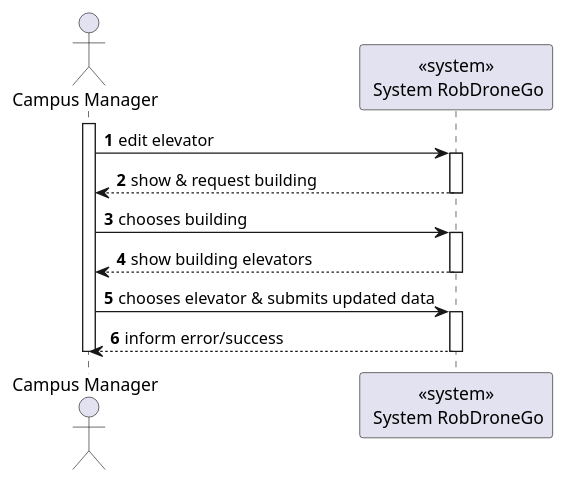
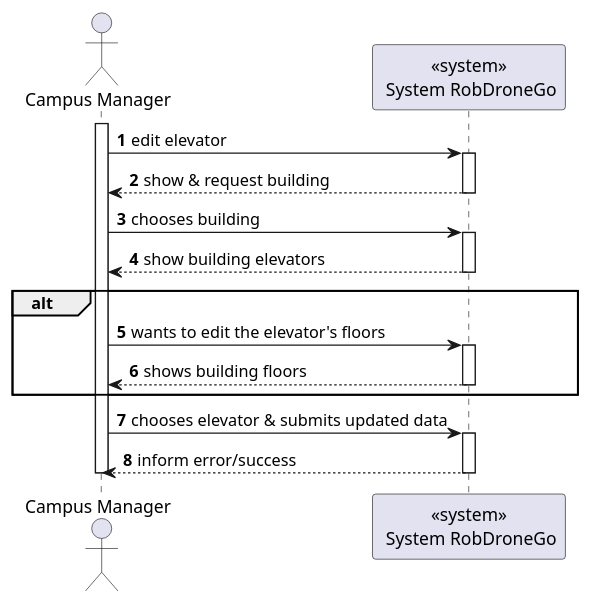
Before and after one commit to Departamento-de-Engenharia-Informatica/lapr5-23-24-g19: the diagram in docs/us1150/level1/process-view.puml, drawn with PlantUML. The commit also changed 4 other files, not shown here.

```diff
--- a/docs/us1150/level1/process-view.puml
+++ b/docs/us1150/level1/process-view.puml
@@ -1,25 +1,32 @@
 @startuml
 autonumber
 
 actor "Campus Manager" as usr
 
 participant "<<system>>\n System RobDroneGo" as sys
 
 activate usr
     usr -> sys : edit elevator
     activate sys
         sys --> usr : show & request building
     deactivate sys
 
     usr -> sys : chooses building
     activate sys
         sys --> usr : show building elevators
     deactivate sys
 
+    alt
+        usr -> sys : wants to edit the elevator's floors
+        activate sys
+            sys --> usr : shows building floors
+        deactivate sys
+    end
+
     usr -> sys : chooses elevator & submits updated data
     activate sys
         sys --> usr : inform error/success
     deactivate sys
 deactivate usr
 
 @enduml
```
